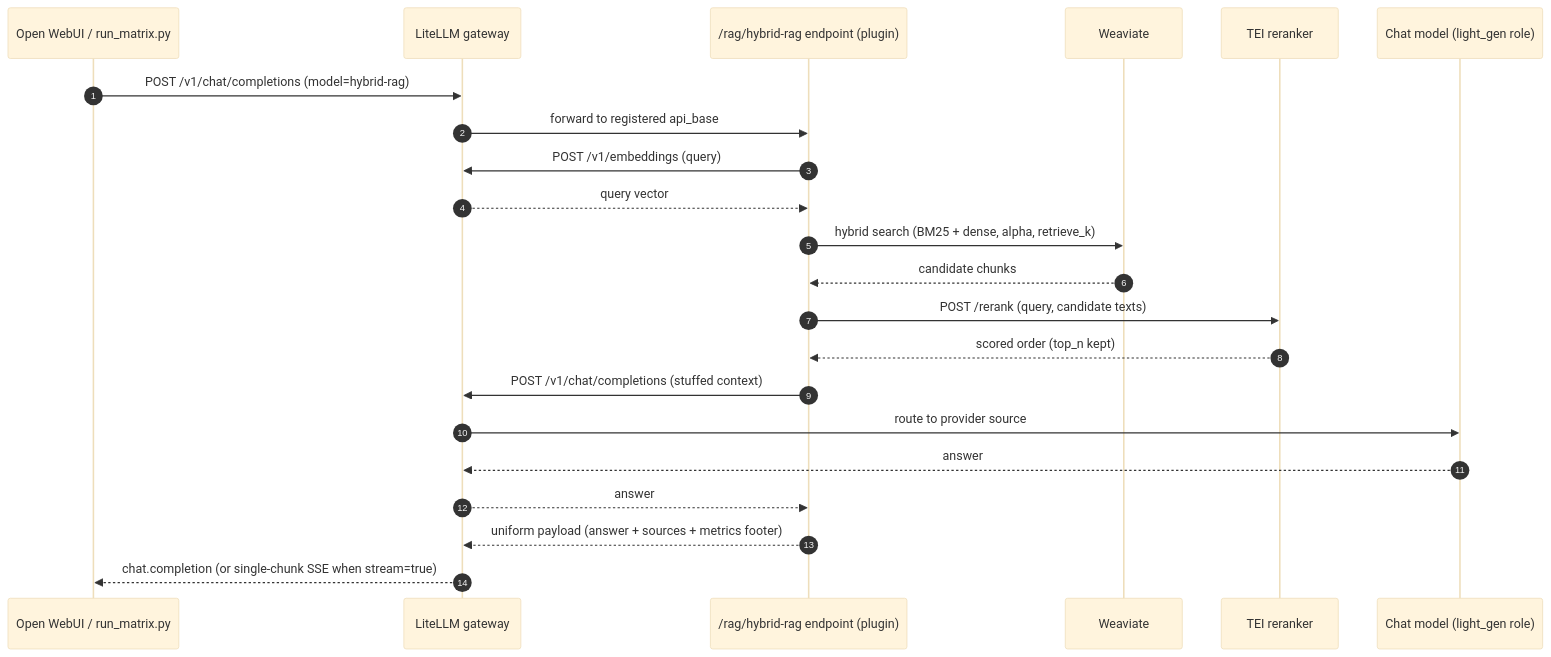
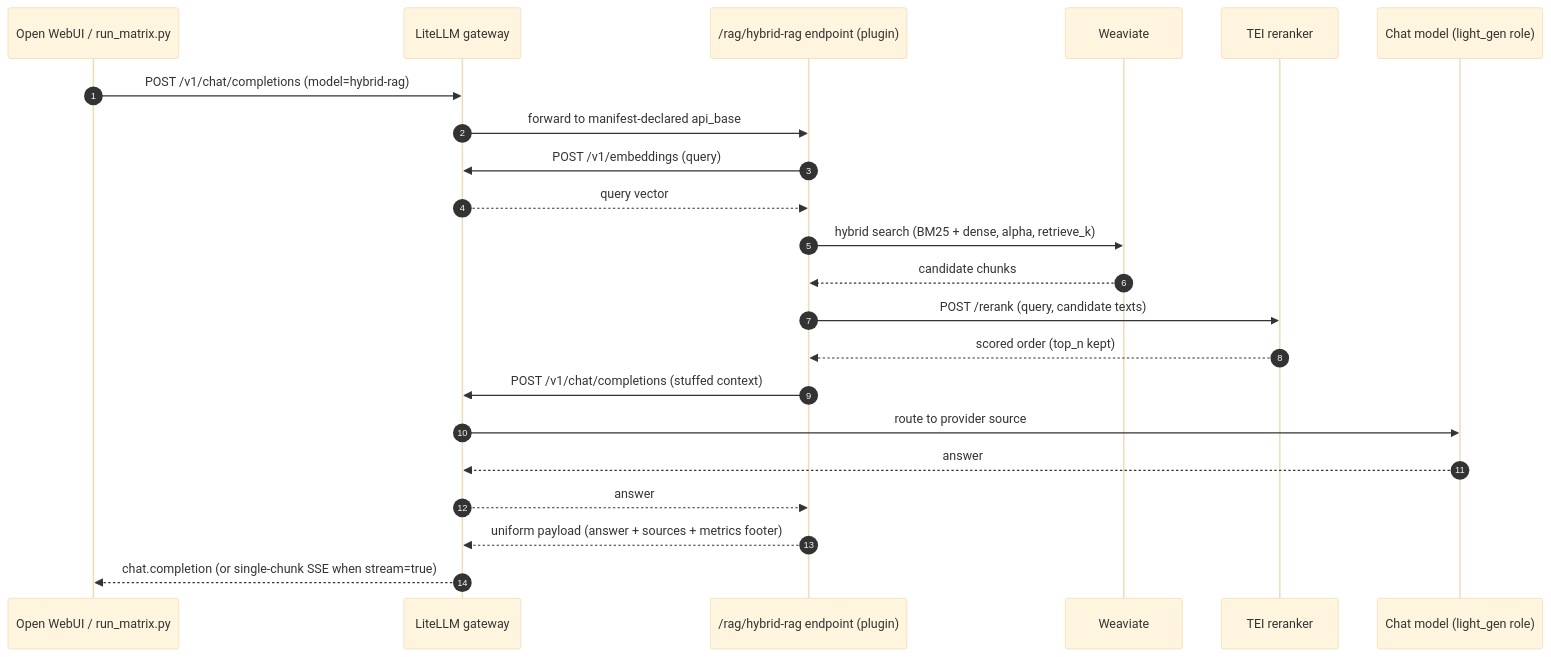
The first of 2 diagrams in docs/architecture.md (thekaveh/rag-showcase), drawn with Mermaid (base theme) before and after one commit. The commit also changed other lines of this file and 23 other files, not shown here.

````diff
--- a/docs/architecture.md
+++ b/docs/architecture.md
@@ -100,25 +100,25 @@
 ```mermaid
 sequenceDiagram
     autonumber
     participant C as Open WebUI / run_matrix.py
     participant L as LiteLLM gateway
     participant H as /rag/hybrid-rag endpoint (plugin)
     participant W as Weaviate
     participant T as TEI reranker
     participant M as Chat model (light_gen role)
 
     C->>L: POST /v1/chat/completions (model=hybrid-rag)
-    L->>H: forward to registered api_base
+    L->>H: forward to manifest-declared api_base
     H->>L: POST /v1/embeddings (query)
     L-->>H: query vector
     H->>W: hybrid search (BM25 + dense, alpha, retrieve_k)
     W-->>H: candidate chunks
     H->>T: POST /rerank (query, candidate texts)
     T-->>H: scored order (top_n kept)
     H->>L: POST /v1/chat/completions (stuffed context)
     L->>M: route to provider source
     M-->>L: answer
     L-->>H: answer
     H-->>L: uniform payload (answer + sources + metrics footer)
     L-->>C: chat.completion (or single-chunk SSE when stream=true)
 ```
````
